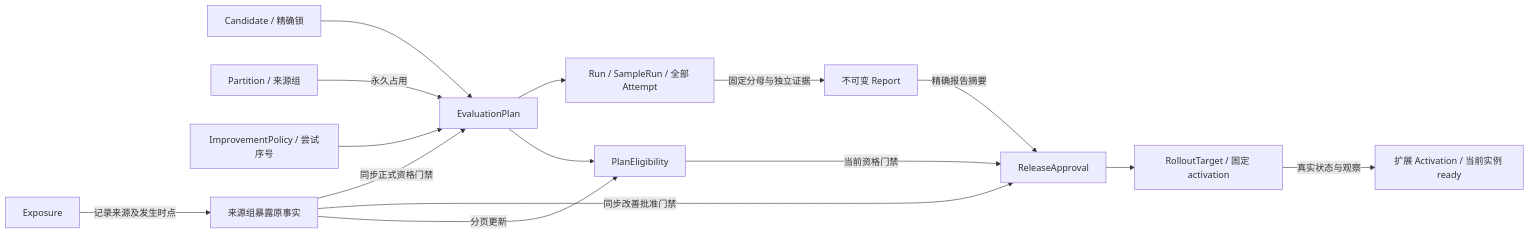
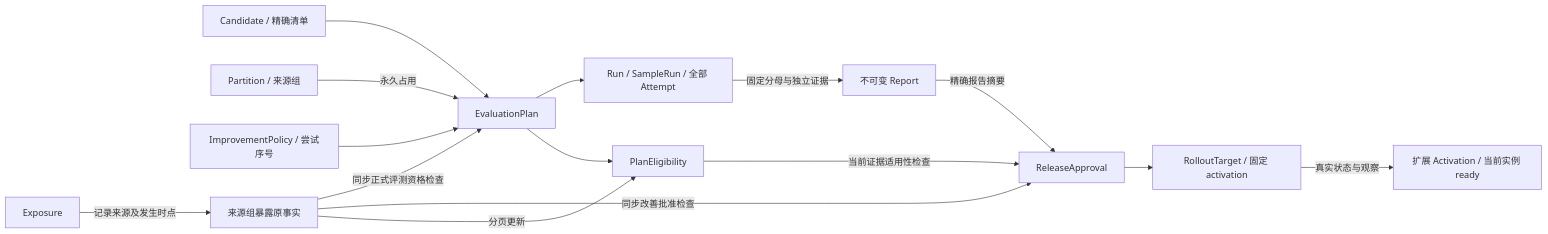
The second of 3 diagrams in docs/architecture/evaluation/implementation.md (ruipengliu/lerna), drawn with Mermaid before and after one commit. The commit also changed other lines of this file and 205 other files, not shown here.

Commit message:
docs: unify architecture terminology

````diff
--- a/docs/architecture/evaluation/implementation.md
+++ b/docs/architecture/evaluation/implementation.md
@@ -166,17 +166,17 @@
 ```mermaid
 flowchart LR
-    C[Candidate / 精确锁] --> P[EvaluationPlan]
+    C[Candidate / 精确清单] --> P[EvaluationPlan]
     D[Partition / 来源组] -->|永久占用| P
     I[ImprovementPolicy / 尝试序号] --> P
     P --> R[Run / SampleRun / 全部 Attempt]
     R -->|固定分母与独立证据| S[不可变 Report]
     P --> E[PlanEligibility]
     X[Exposure] -->|记录来源及发生时点| G[来源组暴露原事实]
-    G -->|同步正式资格门禁| P
-    G -->|同步改善批准门禁| A
+    G -->|同步正式评测资格检查| P
+    G -->|同步改善批准检查| A
     G -->|分页更新| E
     S -->|精确报告摘要| A[ReleaseApproval]
-    E -->|当前资格门禁| A
+    E -->|当前证据适用性检查| A
     A --> T[RolloutTarget / 固定 activation]
     T -->|真实状态与观察| O[扩展 Activation / 当前实例 ready]
 ```
````
